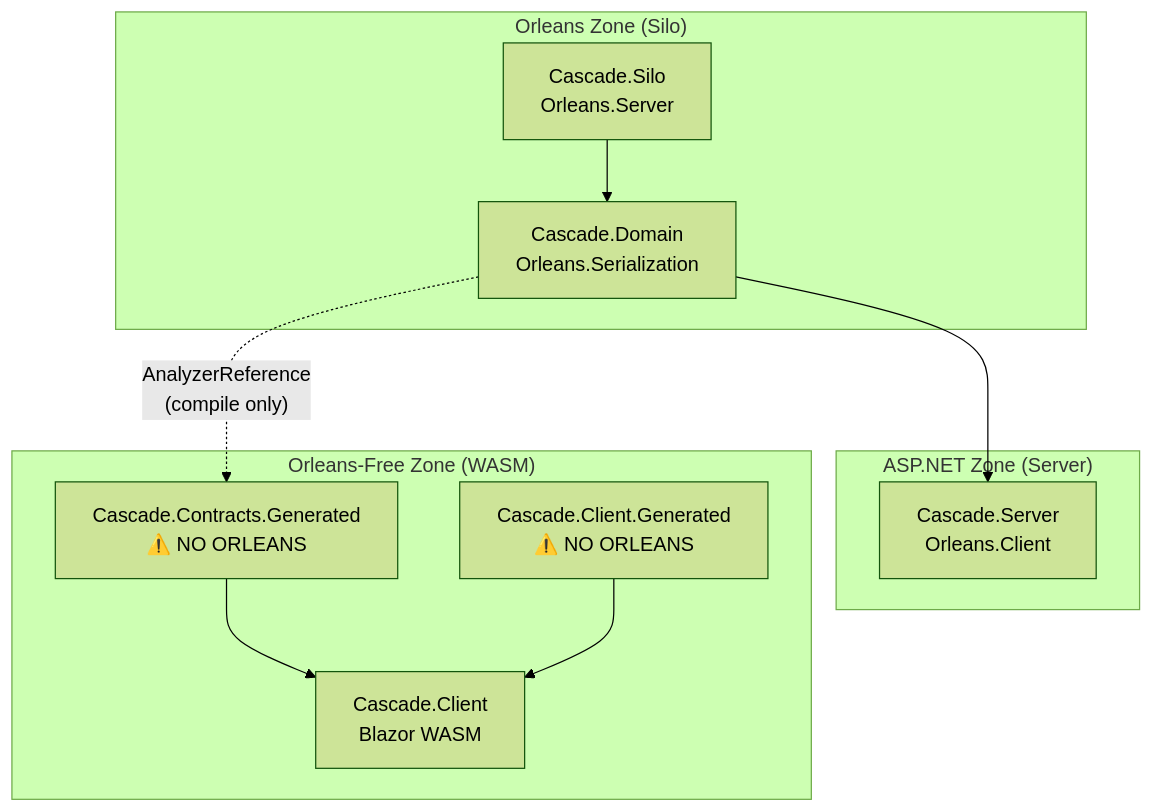
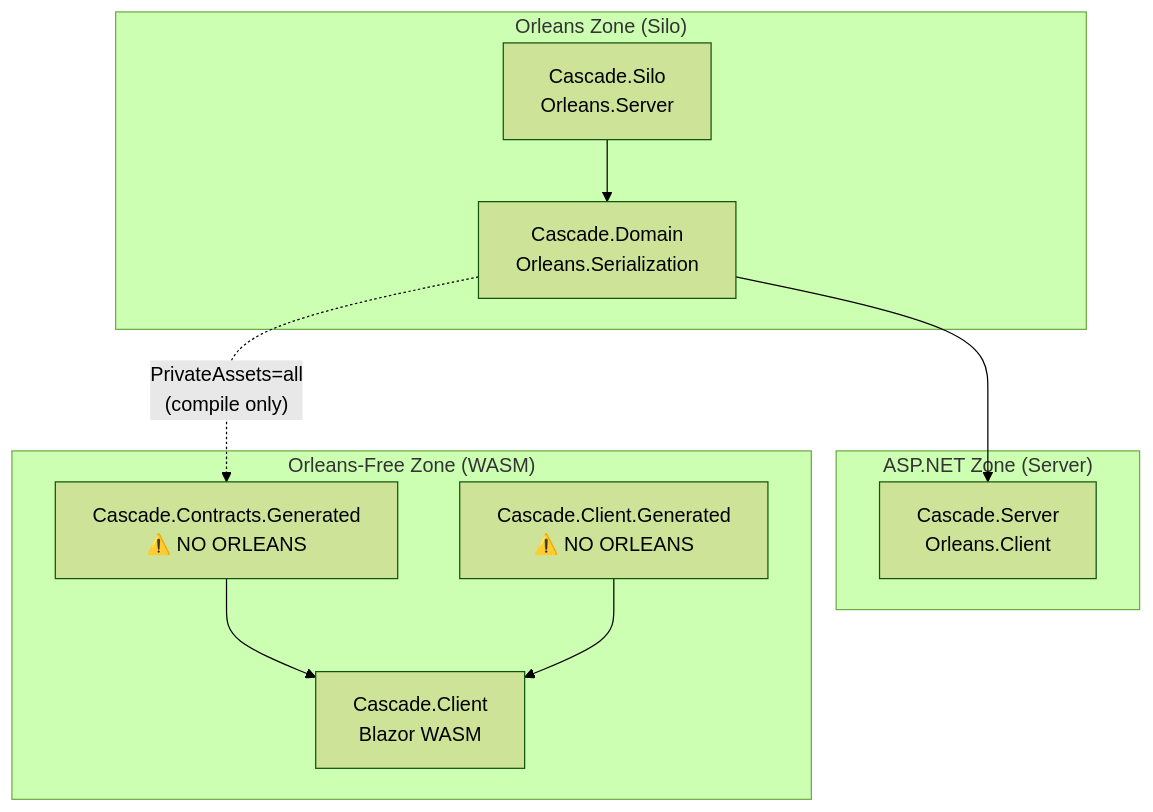
Before and after one commit to Gibbs-Morris/mississippi: the first of 3 diagrams in spec/unified-codegen-dx/implementation-plan.md, drawn with Mermaid (forest theme). The commit also changed other lines of this file and 3 other files, not shown here.

````diff
--- a/spec/unified-codegen-dx/implementation-plan.md
+++ b/spec/unified-codegen-dx/implementation-plan.md
@@ -51,23 +51,23 @@
 ```mermaid
 flowchart TB
     subgraph "Orleans Zone (Silo)"
         Domain["Cascade.Domain<br/>Orleans.Serialization"]
         Silo["Cascade.Silo<br/>Orleans.Server"]
     end
 
     subgraph "ASP.NET Zone (Server)"
         Server["Cascade.Server<br/>Orleans.Client"]
     end
 
     subgraph "Orleans-Free Zone (WASM)"
         ContractsGen["Cascade.Contracts.Generated<br/>⚠️ NO ORLEANS"]
         ClientGen["Cascade.Client.Generated<br/>⚠️ NO ORLEANS"]
         Client["Cascade.Client<br/>Blazor WASM"]
     end
 
     Domain --> Server
-    Domain -.->|"AnalyzerReference<br/>(compile only)"| ContractsGen
+    Domain -.->|"PrivateAssets=all<br/>(compile only)"| ContractsGen
     ContractsGen --> Client
     ClientGen --> Client
     Silo --> Domain
 ```
````
